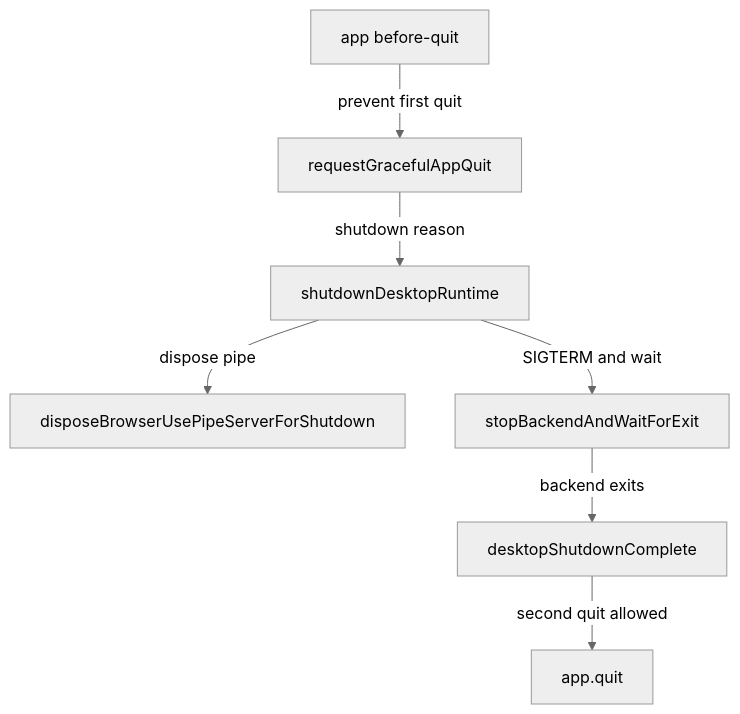
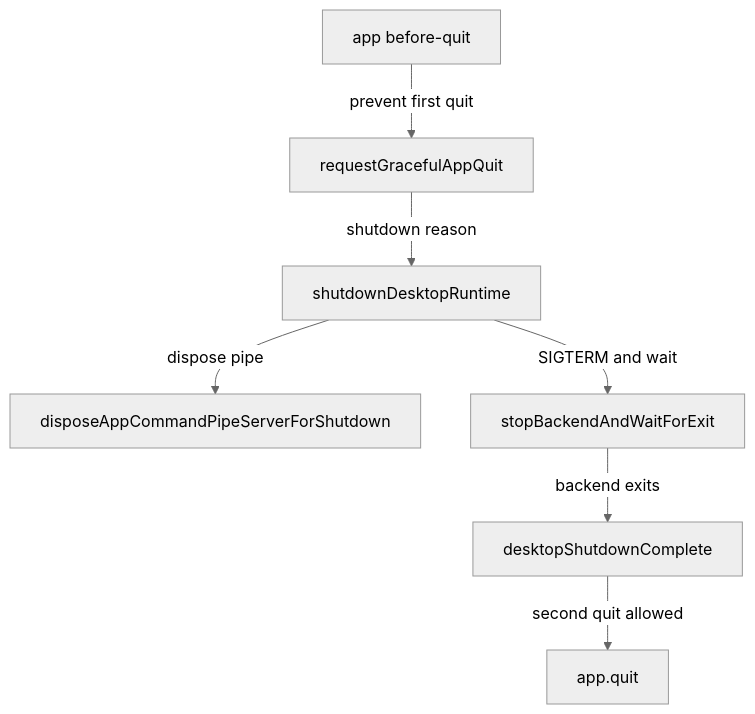
Before and after one commit to childerx/penkra: the diagram in docs/RECAP-desktop-backend-shutdown.md, drawn with Mermaid (neutral theme). The commit also changed other lines of this file and 84 other files, not shown here.

````diff
--- a/docs/RECAP-desktop-backend-shutdown.md
+++ b/docs/RECAP-desktop-backend-shutdown.md
@@ -49,9 +49,9 @@
 ```mermaid
 flowchart TD
     A[app before-quit] -->|prevent first quit| B[requestGracefulAppQuit]
     B -->|shutdown reason| C[shutdownDesktopRuntime]
-    C -->|dispose pipe| D[disposeBrowserUsePipeServerForShutdown]
+    C -->|dispose pipe| D[disposeAppCommandPipeServerForShutdown]
     C -->|SIGTERM and wait| E[stopBackendAndWaitForExit]
     E -->|backend exits| F[desktopShutdownComplete]
     F -->|second quit allowed| G[app.quit]
 ```
````
